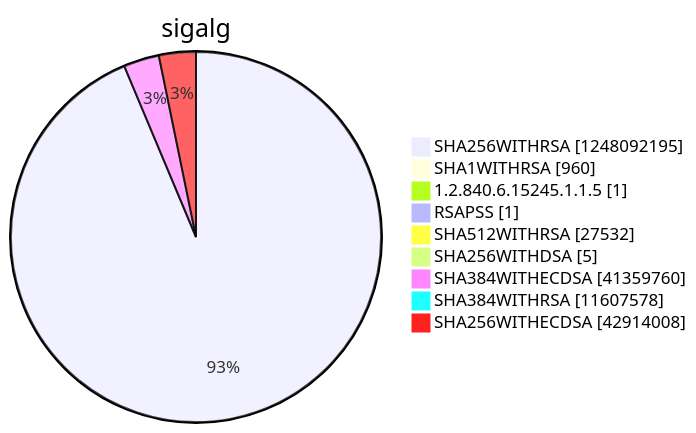
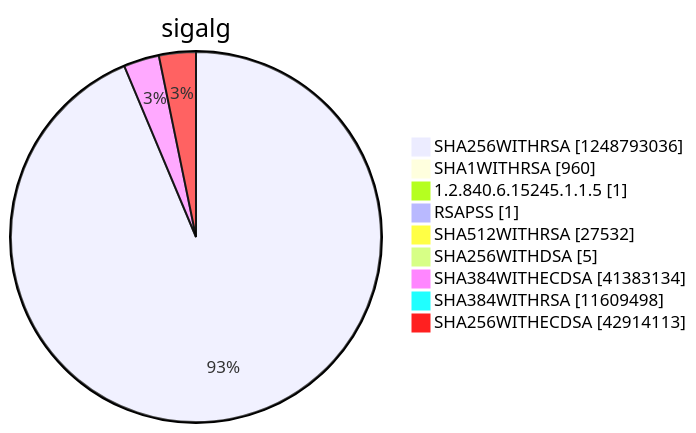
Before and after one commit to christiankrug/ctmonitor_visualization: diagram 15 of 15 in argon2022/README.md, drawn with Mermaid. The commit also changed other lines of this file, not shown here.

````diff
--- a/argon2022/README.md
+++ b/argon2022/README.md
@@ -5522,13 +5522,13 @@
 ```mermaid
 pie showData
 title sigalg
-"SHA256WITHRSA" :1248092195
+"SHA256WITHRSA" :1248793036
 "SHA1WITHRSA" :960
 "1.2.840.6.15245.1.1.5" :1
 "RSAPSS" :1
 "SHA512WITHRSA" :27532
 "SHA256WITHDSA" :5
-"SHA384WITHECDSA" :41359760
-"SHA384WITHRSA" :11607578
-"SHA256WITHECDSA" :42914008
+"SHA384WITHECDSA" :41383134
+"SHA384WITHRSA" :11609498
+"SHA256WITHECDSA" :42914113
 ```
````
